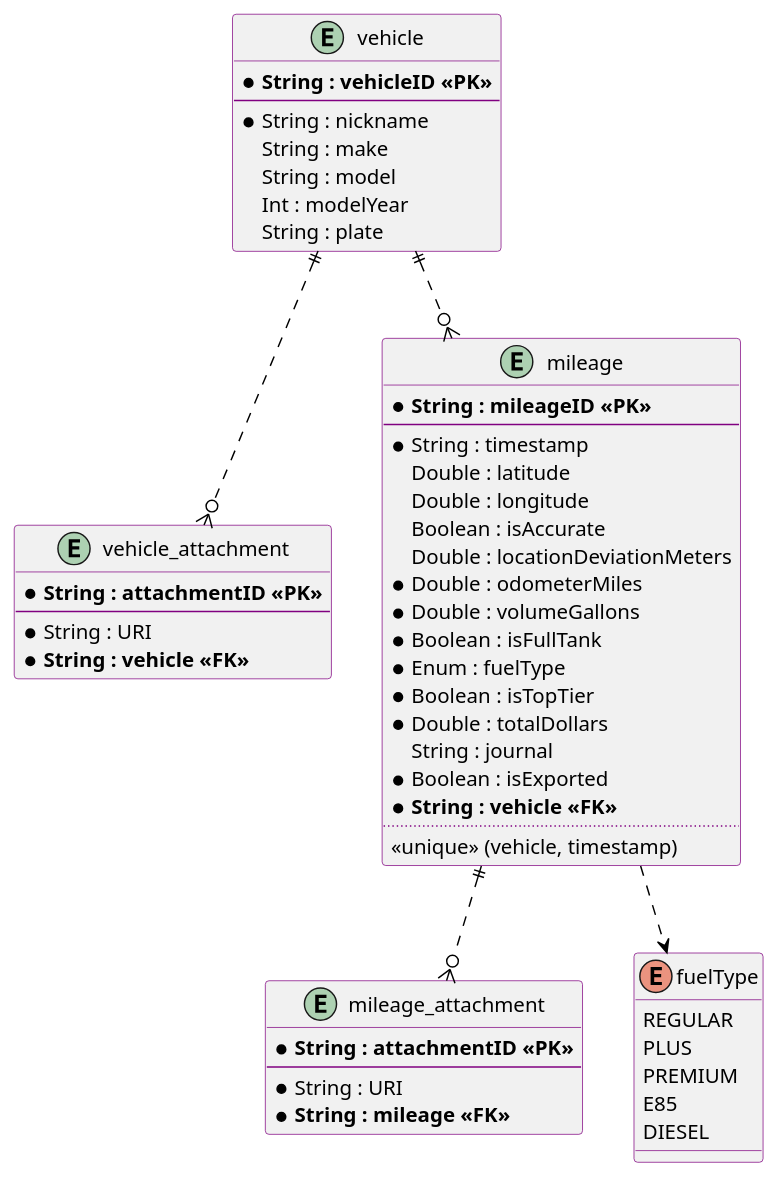
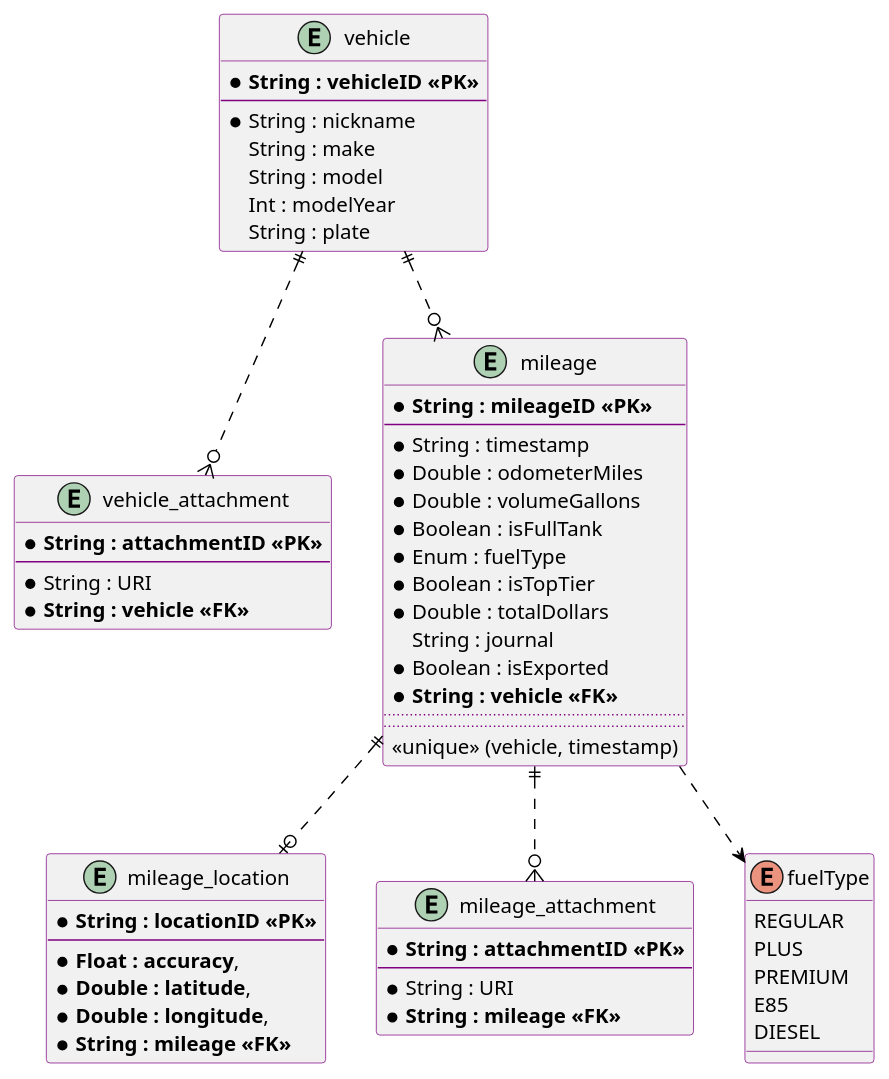
Before and after one commit to officialBeebe/FuelBuddy: the diagram in diagrams/erd.puml, drawn with PlantUML. The commit also changed 3 other files, not shown here.

```diff
--- a/diagrams/erd.puml
+++ b/diagrams/erd.puml
@@ -1,71 +1,78 @@
 @startuml
 
 <style>
 classDiagram {
         Linecolor purple
         arrow {
                 FontColor black
                 LineColor black
         }
 }
 </style>
 
 entity "vehicle" as v {
         * **String : vehicleID <<PK>>**
         --
         * String : nickname
         String : make
         String : model
         Int : modelYear
         String : plate
 }
 
 entity "vehicle_attachment" as va {
-    * **String : attachmentID <<PK>>**
-    --
-    * String : URI
-    * **String : vehicle <<FK>>**
+        * **String : attachmentID <<PK>>**
+        --
+        * String : URI
+        * **String : vehicle <<FK>>**
 }
 
 entity "mileage" as m {
         * **String : mileageID <<PK>>**
         --
         * String : timestamp
-        Double : latitude
-        Double : longitude
-        Boolean : isAccurate
-        Double : locationDeviationMeters
         * Double : odometerMiles
         * Double : volumeGallons
         * Boolean : isFullTank
         * Enum : fuelType
         * Boolean : isTopTier
         * Double : totalDollars
         String : journal
         * Boolean : isExported
         * **String : vehicle <<FK>>**
         ..
+        ..
         <<unique>> (vehicle, timestamp)
+}
+
+entity "mileage_location" as ml {
+        * **String : locationID <<PK>>**
+        --
+        * **Float : accuracy**,
+        * **Double : latitude**,
+        * **Double : longitude**,
+        * **String : mileage <<FK>>**
 }
 
 entity "mileage_attachment" as ma {
         * **String : attachmentID <<PK>>**
         --
         * String : URI
         * **String : mileage <<FK>>**
 }
 
 enum "fuelType" as ft {
         REGULAR
         PLUS
         PREMIUM
         E85
         DIESEL
 }
 
 v ||..o{ va
 v ||..o{ m
+m ..> ft
 m ||..o{ ma
-m ..> ft
+m ||..o| ml
 
 @enduml
```
